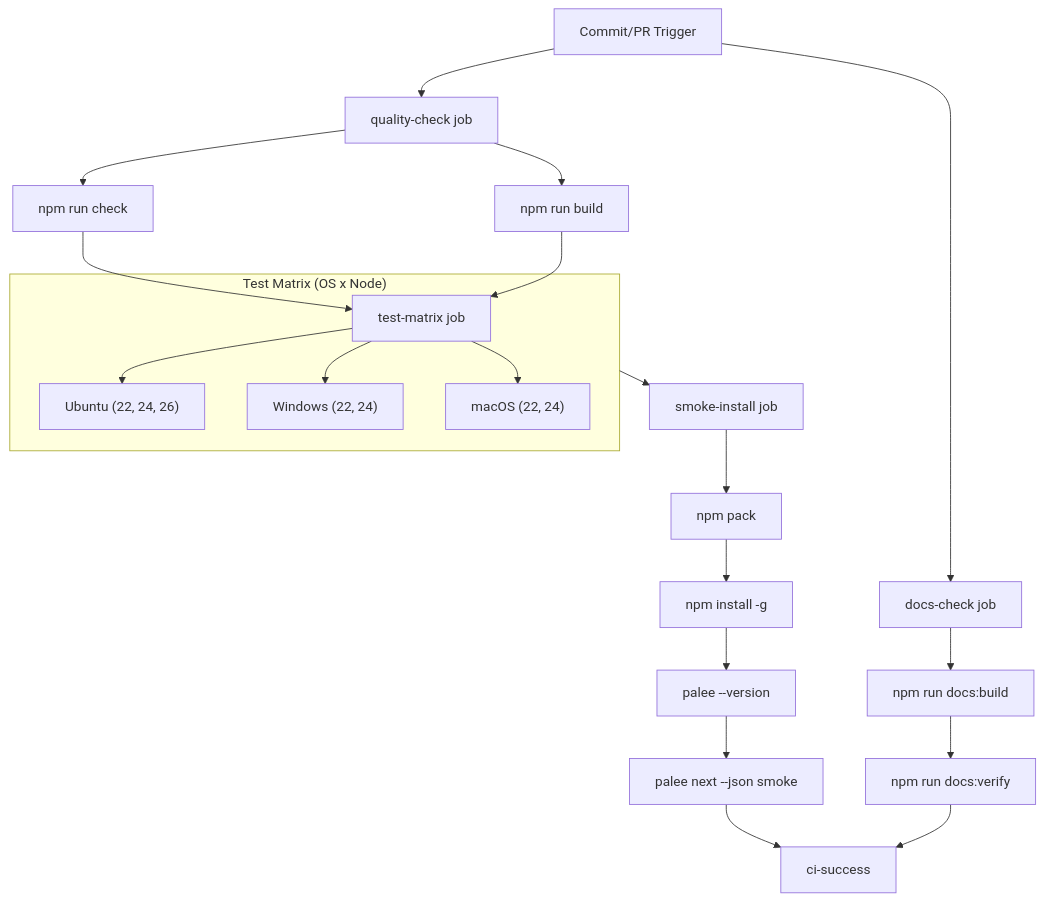
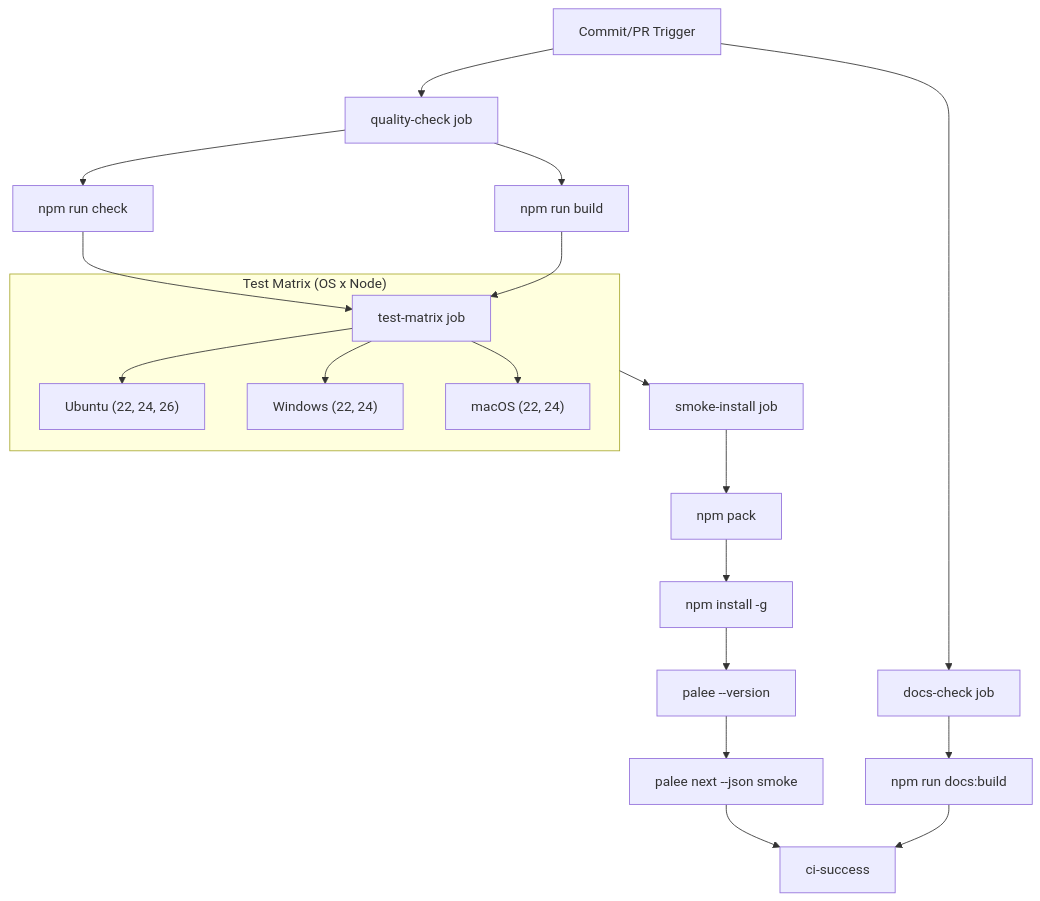
The first of 2 diagrams in docs/07-1-continuous-integration.md (Kuldeep2822k/cli), drawn with Mermaid before and after one commit. The commit also changed other lines of this file and 10 other files, not shown here.

````diff
--- a/docs/07-1-continuous-integration.md
+++ b/docs/07-1-continuous-integration.md
@@ -105,40 +105,38 @@
 ```mermaid
 flowchart TD
     Trigger["Commit/PR Trigger"]
     QC["quality-check job"]
     Lint["npm run check"]
     Build["npm run build"]
     DC["docs-check job"]
     DocsBuild["npm run docs:build"]
-    DocsVerify["npm run docs:verify"]
     SI["smoke-install job"]
     Pack["npm pack"]
     GlobalInstall["npm install -g"]
     VersionCheck["palee --version"]
     SmokeCmd["palee next --json smoke"]
     Success["ci-success"]
     subgraph Matrix ["Test Matrix (OS x Node)"]
         TM["test-matrix job"]
         Linux["Ubuntu (22, 24, 26)"]
         Win["Windows (22, 24)"]
         Mac["macOS (22, 24)"]
     end
     Trigger --> QC
     QC --> Lint
     QC --> Build
     Trigger --> DC
     DC --> DocsBuild
-    DocsBuild --> DocsVerify
-    DocsVerify --> Success
+    DocsBuild --> Success
     Lint --> TM
     Build --> TM
     TM --> Linux
     TM --> Win
     TM --> Mac
     SI --> Pack
     Pack --> GlobalInstall
     GlobalInstall --> VersionCheck
     VersionCheck --> SmokeCmd
     SmokeCmd --> Success
     Matrix --> SI
 ```
````
